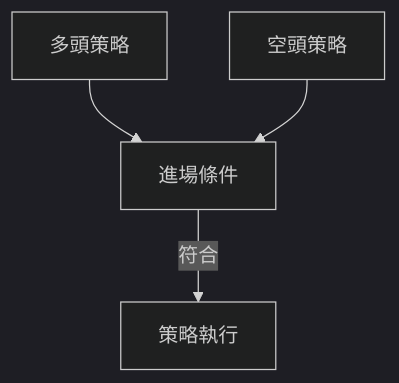
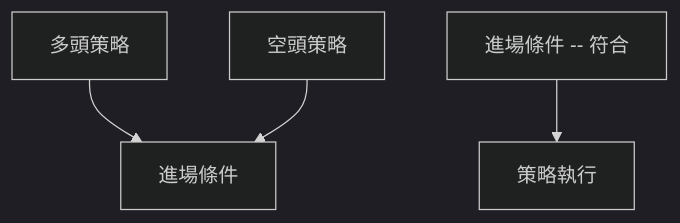
One commit to yennanliu/finance_data changed the ninth of 10 diagrams in ai_gen_report/stock/goog/technical_analysis_2026-04-09_openai.md. Above: the diagram before and after it, drawn with Mermaid (dark theme). The commit also changed other lines of this file and 2258 other files, not shown here.

First line of the commit message:
chore: backfill Mermaid syntax repair across existing reports

````diff
--- a/ai_gen_report/stock/goog/technical_analysis_2026-04-09_openai.md
+++ b/ai_gen_report/stock/goog/technical_analysis_2026-04-09_openai.md
@@ -321,6 +321,6 @@
 ```mermaid
 graph TD
     多頭策略 --> 進場條件
     空頭策略 --> 進場條件
-    進場條件 -- 符合 --> 策略執行
+    nb1["進場條件 -- 符合"] --> 策略執行
 ```
````
